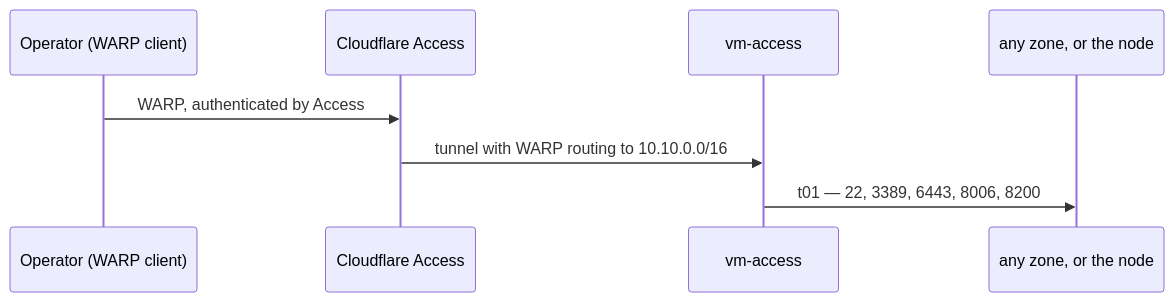
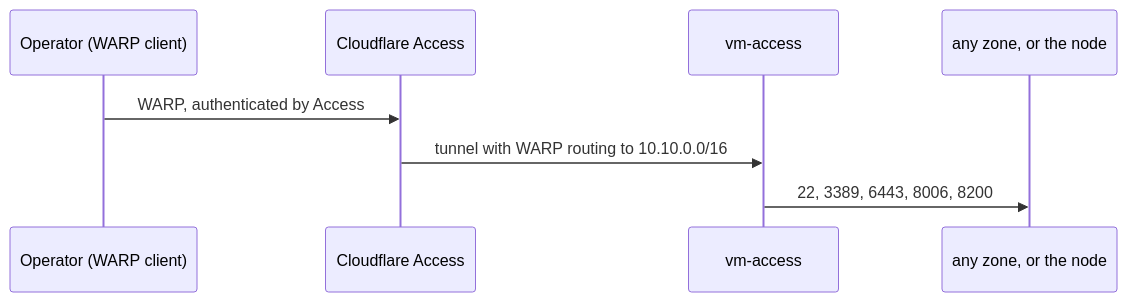
The fourth of 6 diagrams in docs/architecture.md (0xc0-homelab/infrastructure), drawn with Mermaid before and after one commit. The commit also changed other lines of this file and 17 other files, not shown here.

````diff
--- a/docs/architecture.md
+++ b/docs/architecture.md
@@ -146,11 +149,11 @@
 ```mermaid
 sequenceDiagram
   participant O as Operator (WARP client)
   participant CF as Cloudflare Access
   participant V as vm-access
   participant Z as any zone, or the node
 
   O->>CF: WARP, authenticated by Access
   CF->>V: tunnel with WARP routing to 10.10.0.0/16
-  V->>Z: t01 — 22, 3389, 6443, 8006, 8200
+  V->>Z: 22, 3389, 6443, 8006, 8200
 ```
````
